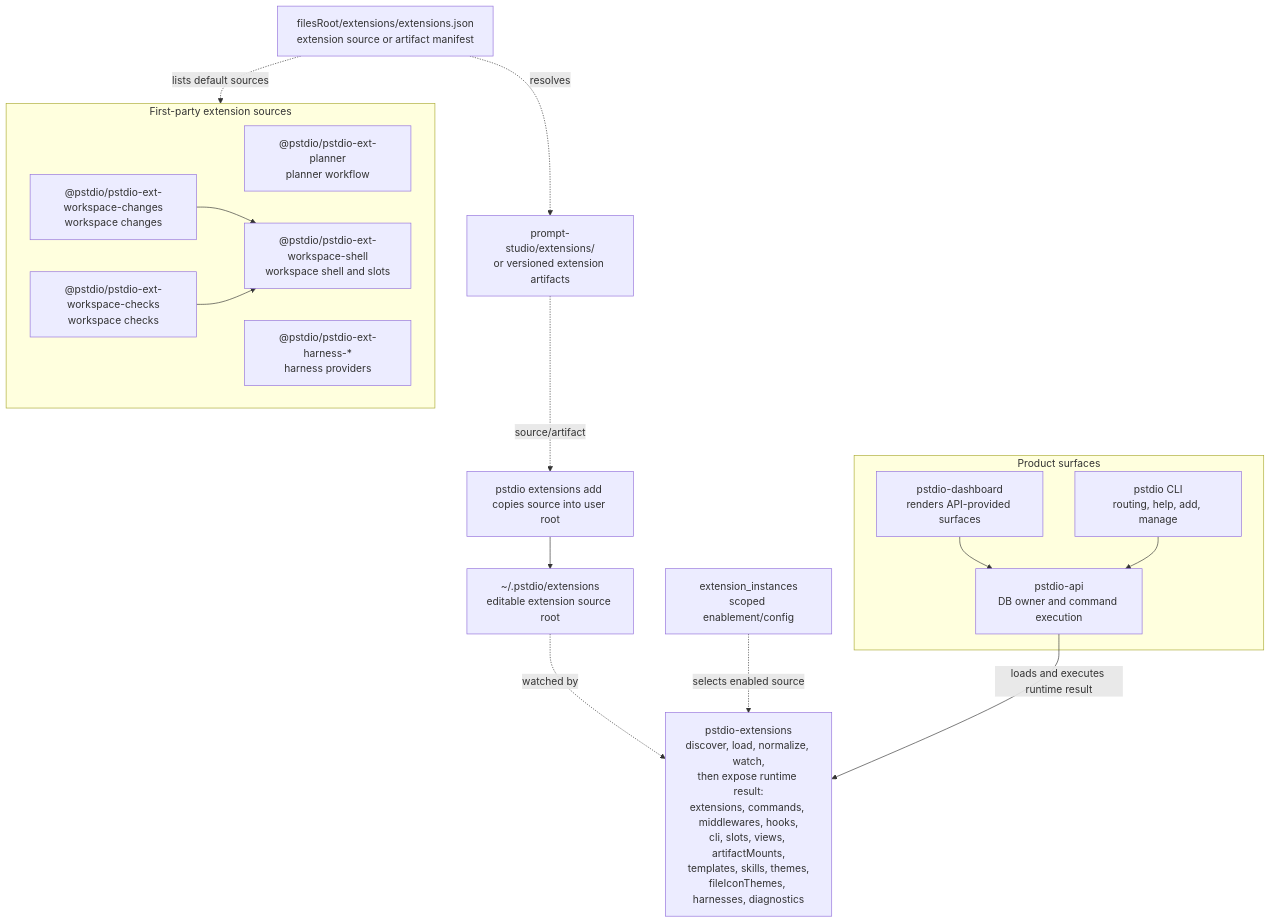
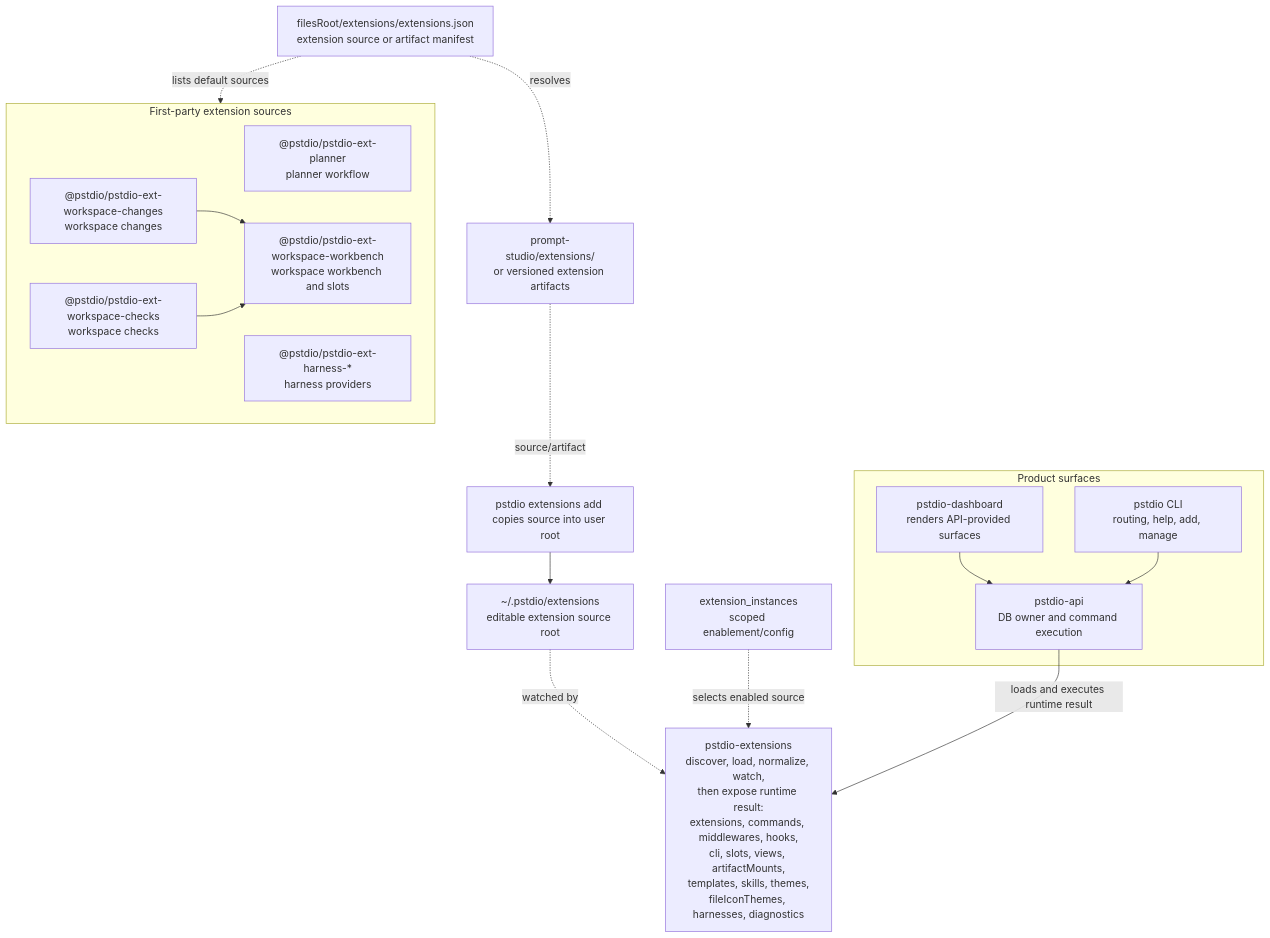
Before and after one commit to jenshorn/prompt-studio: the diagram in extensions/docs/extension-runtime.md, drawn with Mermaid. The commit also changed other lines of this file and 234 other files, not shown here.

Commit message:
pstdio workbench (#291)

````diff
--- a/extensions/docs/extension-runtime.md
+++ b/extensions/docs/extension-runtime.md
@@ -49,36 +49,36 @@
 ```mermaid
 flowchart TB
   Add["pstdio extensions add <extension><br/>copies source into user root"]
   UserRoot["~/.pstdio/extensions<br/>editable extension source root"]
   SourceManifest["filesRoot/extensions/extensions.json<br/>extension source or artifact manifest"]
   GitHub["prompt-studio/extensions/<name><br/>or versioned extension artifacts"]
   Runtime["pstdio-extensions<br/>discover, load, normalize, watch,<br/>then expose runtime result:<br/>extensions, commands, middlewares, hooks,<br/>cli, slots, views, artifactMounts,<br/>templates, skills, themes,<br/>fileIconThemes, harnesses, diagnostics"]
   Toggles["extension_instances<br/>scoped enablement/config"]
 
   subgraph Product["Product surfaces"]
     Dashboard["pstdio-dashboard<br/>renders API-provided surfaces"]
     CLI["pstdio CLI<br/>routing, help, add, manage"]
     API["pstdio-api<br/>DB owner and command execution"]
   end
 
   subgraph FirstParty["First-party extension sources"]
     Planner["@pstdio/pstdio-ext-planner<br/>planner workflow"]
-    WorkspaceShell["@pstdio/pstdio-ext-workspace-shell<br/>workspace shell and slots"]
+    WorkspaceWorkbench["@pstdio/pstdio-ext-workspace-workbench<br/>workspace workbench and slots"]
     WorkspaceChanges["@pstdio/pstdio-ext-workspace-changes<br/>workspace changes"]
     WorkspaceChecks["@pstdio/pstdio-ext-workspace-checks<br/>workspace checks"]
     Harnesses["@pstdio/pstdio-ext-harness-*<br/>harness providers"]
   end
 
   SourceManifest -. resolves .-> GitHub
   GitHub -. source/artifact .-> Add
   Add --> UserRoot
   UserRoot -. watched by .-> Runtime
   Toggles -. selects enabled source .-> Runtime
   SourceManifest -. lists default sources .-> FirstParty
-  WorkspaceChanges --> WorkspaceShell
-  WorkspaceChecks --> WorkspaceShell
+  WorkspaceChanges --> WorkspaceWorkbench
+  WorkspaceChecks --> WorkspaceWorkbench
 
   Dashboard --> API
   CLI --> API
   API -- loads and executes runtime result --> Runtime
 ```
````
